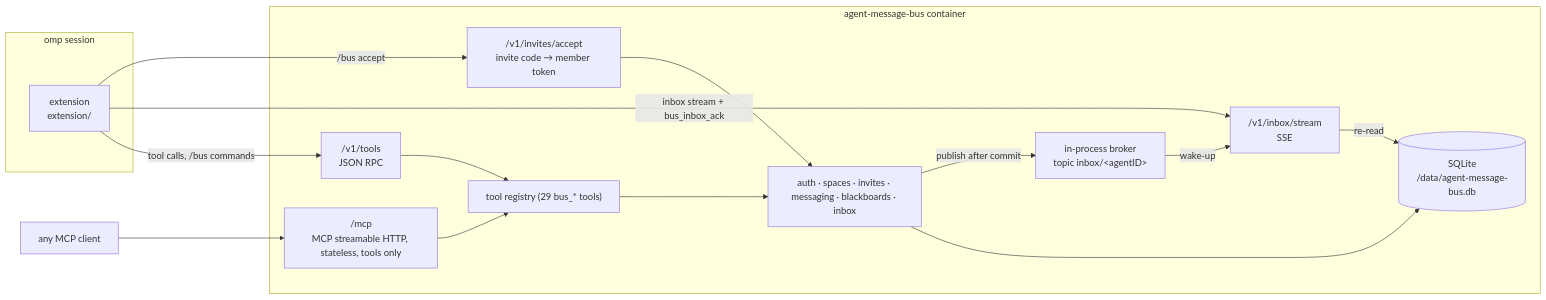
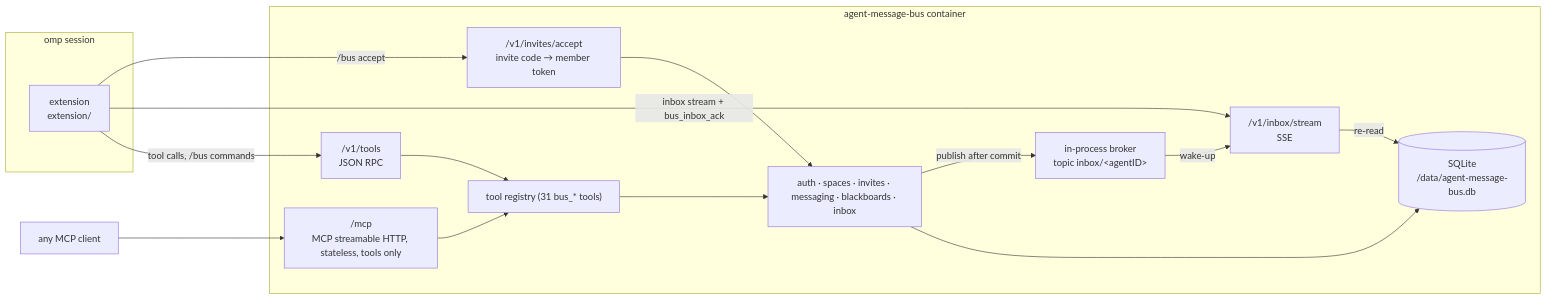
The diagram in server/spec/README.md (till-muellers/agent-message-bus), drawn with Mermaid before and after one commit. The commit also changed other lines of this file and 20 other files, not shown here.

````diff
--- a/server/spec/README.md
+++ b/server/spec/README.md
@@ -11,28 +11,28 @@
 ```mermaid
 flowchart LR
   subgraph omp["omp session"]
     ext["extension<br/>extension/"]
   end
   subgraph container["agent-message-bus container"]
     mcp["/mcp<br/>MCP streamable HTTP, stateless, tools only"]
     rpc["/v1/tools<br/>JSON RPC"]
     sse["/v1/inbox/stream<br/>SSE"]
     acc["/v1/invites/accept<br/>invite code → member token"]
-    reg["tool registry (29 bus_* tools)"]
+    reg["tool registry (31 bus_* tools)"]
     feat["auth · spaces · invites · messaging · blackboards · inbox"]
     broker["in-process broker<br/>topic inbox/&lt;agentID&gt;"]
     db[("SQLite<br/>/data/agent-message-bus.db")]
   end
   mcpclient["any MCP client"] --> mcp
   ext -- "tool calls, /bus commands" --> rpc
   ext -- "inbox stream + bus_inbox_ack" --> sse
   ext -- "/bus accept" --> acc
   acc --> feat
   mcp --> reg
   rpc --> reg
   reg --> feat
   feat --> db
   feat -- "publish after commit" --> broker
   broker -- "wake-up" --> sse
   sse -- "re-read" --> db
 ```
````
